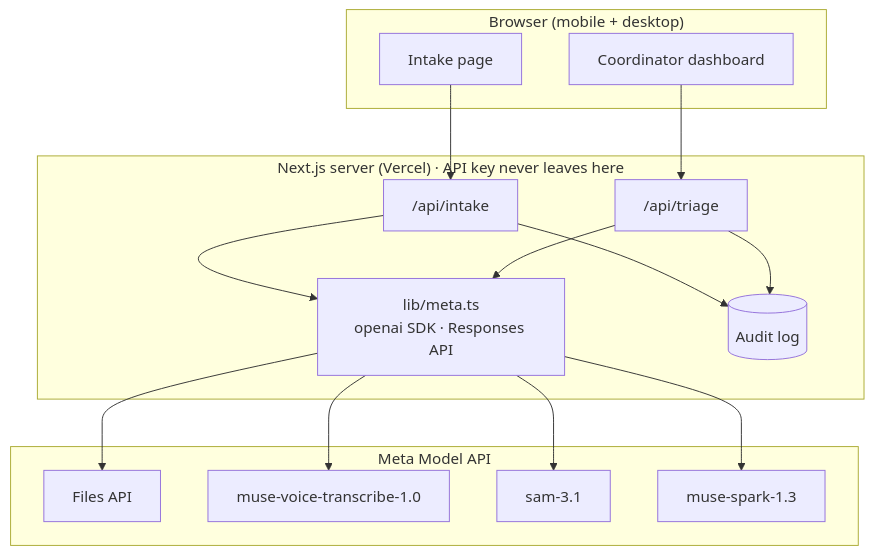
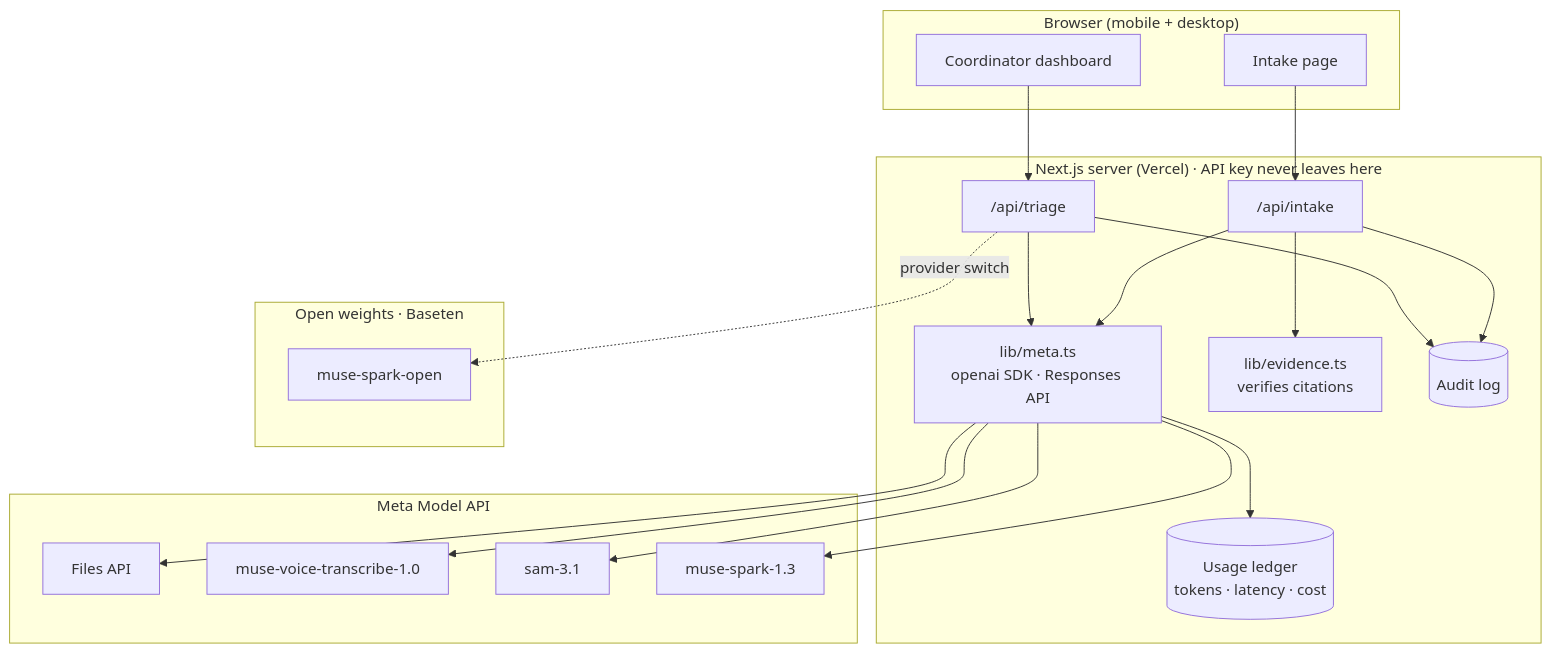
The fourth of 5 diagrams in README.md (SapSaeta/relief-net), drawn with Mermaid before and after one commit. The commit also changed other lines of this file and 1 other file, not shown here.

````diff
--- a/README.md
+++ b/README.md
@@ -88,25 +125,33 @@
 ```mermaid
 flowchart TB
     subgraph Client["Browser (mobile + desktop)"]
         UI1[Intake page]
         UI2[Coordinator dashboard]
     end
     subgraph Server["Next.js server (Vercel) · API key never leaves here"]
         R1["/api/intake"]
         R2["/api/triage"]
         LIB["lib/meta.ts<br/>openai SDK · Responses API"]
+        VER["lib/evidence.ts<br/>verifies citations"]
+        LED[("Usage ledger<br/>tokens · latency · cost")]
         LOG[(Audit log)]
     end
     subgraph Meta["Meta Model API"]
         M1[Files API]
         M2[muse-voice-transcribe-1.0]
         M3[sam-3.1]
         M4[muse-spark-1.3]
     end
+    subgraph Open["Open weights · Baseten"]
+        O1[muse-spark-open]
+    end
     UI1 --> R1
     UI2 --> R2
     R1 --> LIB
     R2 --> LIB
     LIB --> M1 & M2 & M3 & M4
+    R2 -.->|provider switch| O1
+    R1 --> VER
+    LIB --> LED
     R1 & R2 --> LOG
 ```
````
